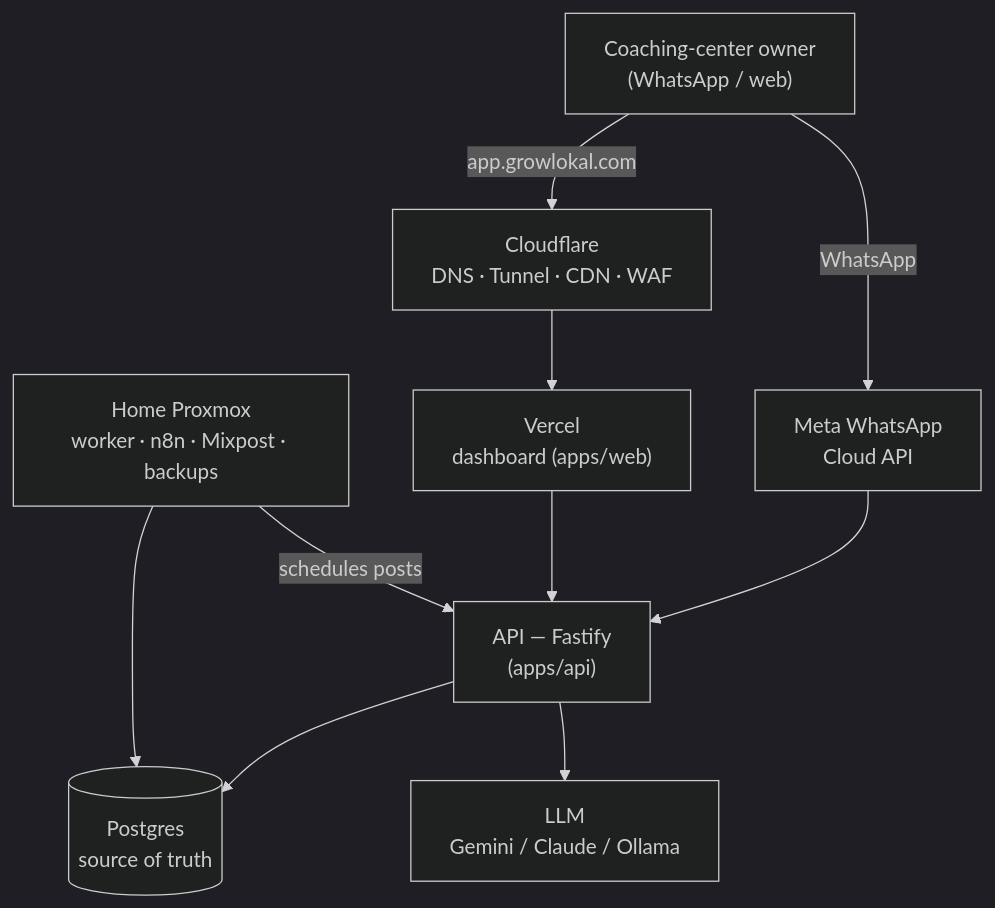
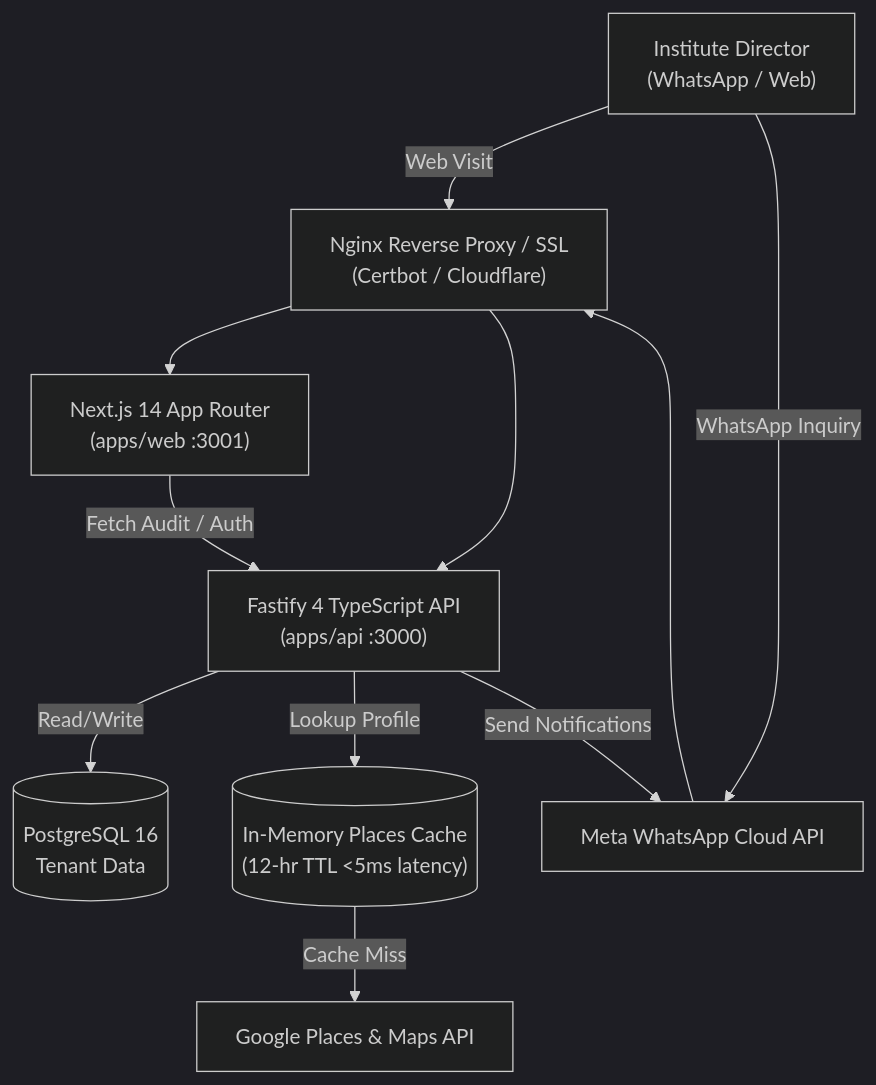
One commit to akheels-web/growlokal changed the diagram in README.md. Above: the diagram before and after it, drawn with Mermaid (dark theme). The commit also changed other lines of this file, not shown here.

Commit message:
docs: rewrite README.md with comprehensive product architecture, security stack, sub-5ms caching, and production server deployment guide (Docker, PM2, Nginx, Certbot SSL)

````diff
--- a/README.md
+++ b/README.md
@@ -11,18 +68,19 @@
 ```mermaid
 flowchart TD
-    Owner["Coaching-center owner<br/>(WhatsApp / web)"]
-    CF["Cloudflare<br/>DNS · Tunnel · CDN · WAF"]
-    Vercel["Vercel<br/>dashboard (apps/web)"]
-    API["API — Fastify<br/>(apps/api)"]
-    PG[("Postgres<br/>source of truth")]
-    LLM["LLM<br/>Gemini / Claude / Ollama"]
-    Meta["Meta WhatsApp<br/>Cloud API"]
-    Home["Home Proxmox<br/>worker · n8n · Mixpost · backups"]
+    Owner["Institute Director<br/>(WhatsApp / Web)"]
+    Nginx["Nginx Reverse Proxy / SSL<br/>(Certbot / Cloudflare)"]
+    Web["Next.js 14 App Router<br/>(apps/web :3001)"]
+    API["Fastify 4 TypeScript API<br/>(apps/api :3000)"]
+    Cache[("In-Memory Places Cache<br/>(12-hr TTL <5ms latency)")]
+    DB[("PostgreSQL 16<br/>Tenant Data")]
+    Google["Google Places & Maps API"]
+    WhatsApp["Meta WhatsApp Cloud API"]
 
-    Owner -->|WhatsApp| Meta --> API
-    Owner -->|app.growlokal.com| CF --> Vercel --> API
-    API --> PG
-    API --> LLM
-    Home --> PG
-    Home -->|schedules posts| API
+    Owner -->|Web Visit| Nginx --> Web
+    Owner -->|WhatsApp Inquiry| WhatsApp --> Nginx --> API
+    Web -->|Fetch Audit / Auth| API
+    API -->|Read/Write| DB
+    API -->|Lookup Profile| Cache
+    Cache -->|Cache Miss| Google
+    API -->|Send Notifications| WhatsApp
 ```
````
